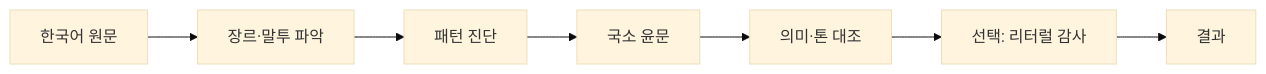
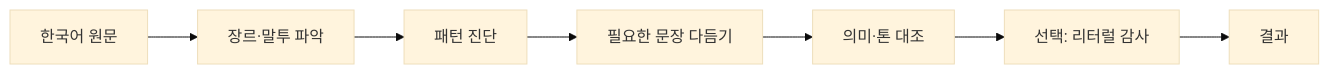
Before and after one commit to Jaeho211/humanizer-kr: the diagram in README.md, drawn with Mermaid (base theme). The commit also changed other lines of this file and 3 other files, not shown here.

````diff
--- a/README.md
+++ b/README.md
@@ -45,9 +45,9 @@
 ```mermaid
 flowchart LR
  A[한국어 원문] --> B[장르·말투 파악]
  B --> C[패턴 진단]
- C --> D[국소 윤문]
+ C --> D[필요한 문장 다듬기]
  D --> E[의미·톤 대조]
  E --> F[선택: 리터럴 감사]
  F --> G[결과]
 ```
````
